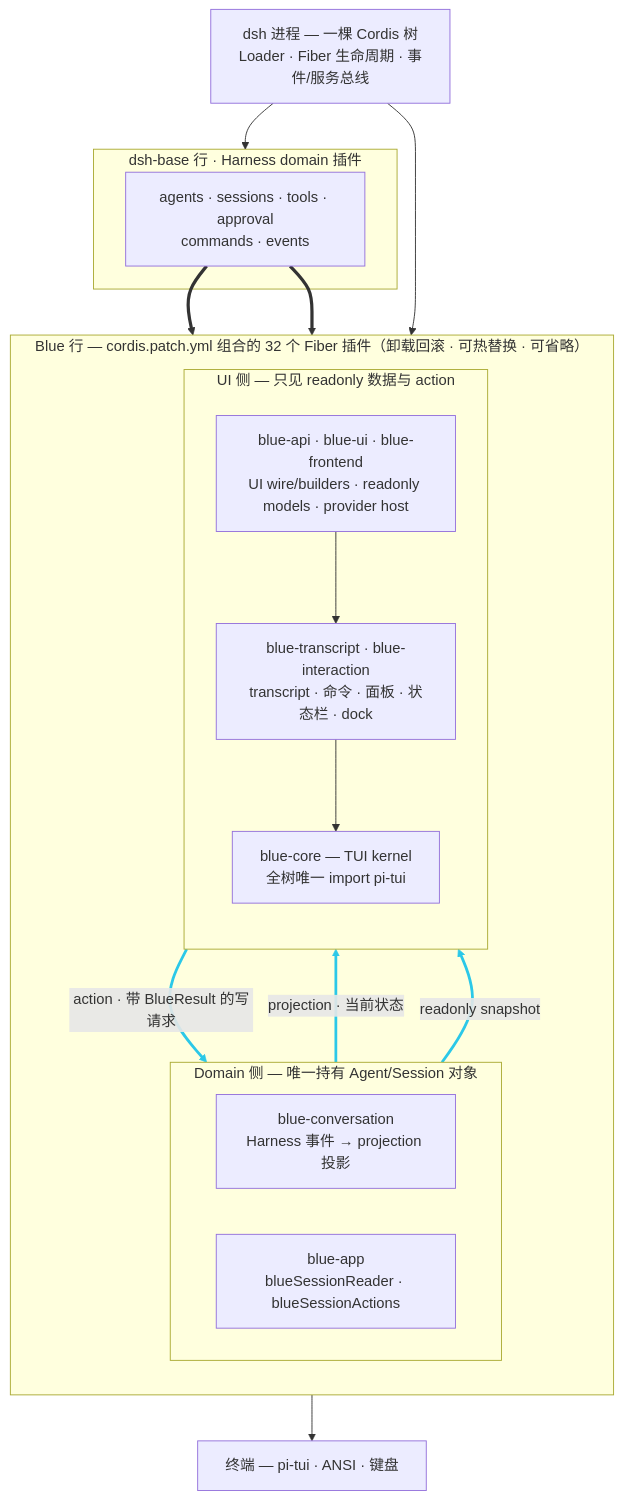
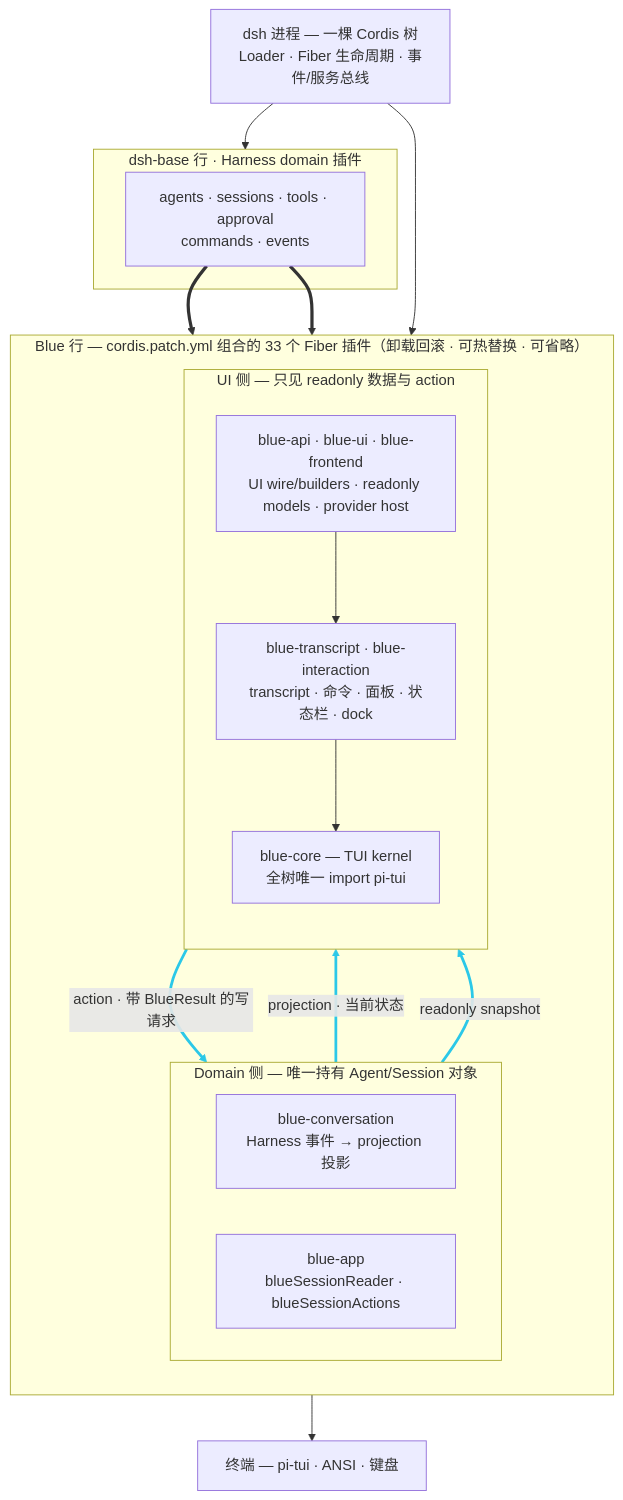
The diagram in docs/diagrams/blue-layers.mmd (dsh-blue/blue), drawn with Mermaid before and after one commit. The commit also changed 152 other files, not shown here.

```diff
--- a/docs/diagrams/blue-layers.mmd
+++ b/docs/diagrams/blue-layers.mmd
@@ -1,36 +1,36 @@
 flowchart TB
     ROOT["dsh 进程 — 一棵 Cordis 树<br/>Loader · Fiber 生命周期 · 事件/服务总线"]
 
     subgraph BASE["dsh-base 行 · Harness domain 插件"]
         HAR["agents · sessions · tools · approval<br/>commands · events"]
     end
 
-    subgraph BLUE["Blue 行 — cordis.patch.yml 组合的 32 个 Fiber 插件（卸载回滚 · 可热替换 · 可省略）"]
+    subgraph BLUE["Blue 行 — cordis.patch.yml 组合的 33 个 Fiber 插件（卸载回滚 · 可热替换 · 可省略）"]
         direction TB
         subgraph DOM["Domain 侧 — 唯一持有 Agent/Session 对象"]
             direction LR
             CONV["blue-conversation<br/>Harness 事件 → projection 投影"]
             APP["blue-app<br/>blueSessionReader · blueSessionActions"]
         end
         subgraph UI["UI 侧 — 只见 readonly 数据与 action"]
             direction TB
             FE["blue-api · blue-ui · blue-frontend<br/>UI wire/builders · readonly models · provider host"]
             ADP["blue-transcript · blue-interaction<br/>transcript · 命令 · 面板 · 状态栏 · dock"]
             KRN["blue-core — TUI kernel<br/>全树唯一 import pi-tui"]
             FE --> ADP
             ADP --> KRN
         end
         CONV -- "projection · 当前状态" --> FE
         APP -- "readonly snapshot" --> FE
         UI -- "action · 带 BlueResult 的写请求" --> DOM
     end
 
     TERM["终端 — pi-tui · ANSI · 键盘"]
 
     ROOT --> BASE
     ROOT --> BLUE
     HAR ==> CONV
     HAR ==> APP
     KRN --> TERM
 
     linkStyle 2,3,4 stroke:#2bc8e8,stroke-width:3px
```
